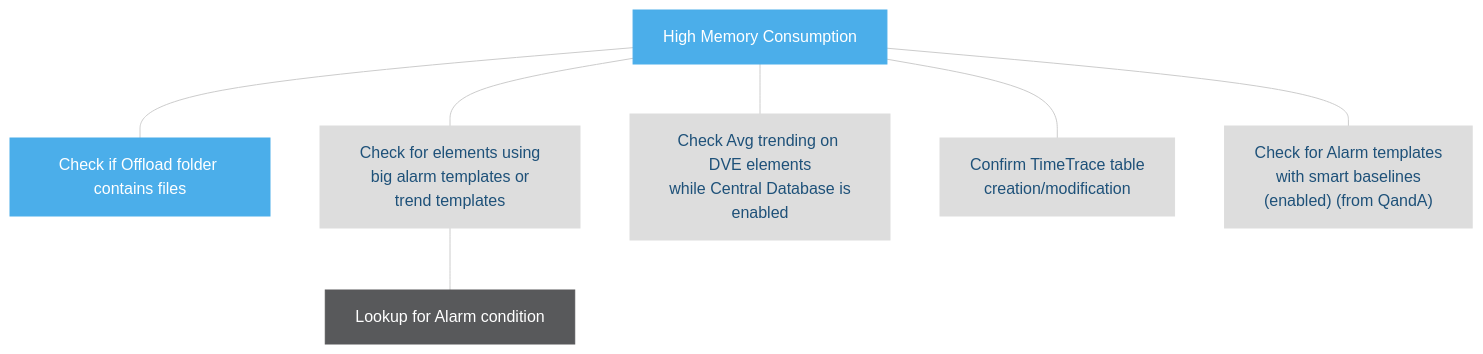
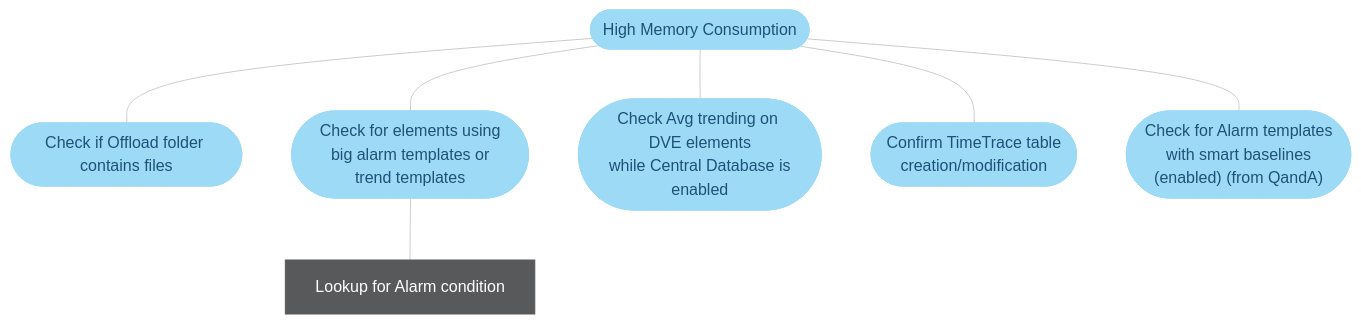
Before and after one commit to SkylineCommunications/dataminer-docs: the second of 5 diagrams in user-guide/Troubleshooting/Troubleshooting_Flowcharts/Troubleshooting_Process_Identification/Database_processes/Troubleshooting_SLDataGateway_exe.md, drawn with Mermaid. The commit also changed other lines of this file and 18 other files, not shown here.

```diff
--- a/user-guide/Troubleshooting/Troubleshooting_Flowcharts/Troubleshooting_Process_Identification/Database_processes/Troubleshooting_SLDataGateway_exe.md
+++ b/user-guide/Troubleshooting/Troubleshooting_Flowcharts/Troubleshooting_Process_Identification/Database_processes/Troubleshooting_SLDataGateway_exe.md
@@ -66,39 +66,39 @@
 <div class="mermaid">
 flowchart TD
 %% -------------------------------------------------------------------------
 %% Cassandra flowchart - Nodetool Status
 %% -------------------------------------------------------------------------
 %% -------------------------------------------------------------------------
 %% Define styles
 %% -------------------------------------------------------------------------
 linkStyle default stroke:#cccccc
 classDef classAction fill:#dddddd,stroke:#dddddd,color:#1E5179,stroke-width:1px;
 classDef classActionClickable fill:#999999,stroke:#999999,color:#ffffff,stroke-width:1px;
 classDef classDecision fill:#4baeea,stroke:#4baeea,color:#ffffff,stroke-width:1px;
 classDef classExternalRef fill:#9ddaf5,stroke:#9ddaf5,color:#1E5179,stroke-width:1px;
 classDef classSolution fill:#58595b,stroke:#58595b,color:#ffffff,stroke-width:1px;
 classDef classTerminal fill:#1e5179,stroke:#1e5179,color:#ffffff,stroke-width:1px;
 %% -------------------------------------------------------------------------
 %% flowchart structure
 %% -------------------------------------------------------------------------
-Action_HighMemory[High Memory Consumption]:::classDecision
-Action_OffloadFolder[Check if Offload folder contains files]:::classDecision
-Action_ElementsBigAlarms[Check for elements using<br> big alarm templates or trend templates]:::classAction
+Action_HighMemory([High Memory Consumption]):::classExternalRef
+Action_OffloadFolder([Check if Offload folder contains files]):::classExternalRef
+Action_ElementsBigAlarms([Check for elements using<br> big alarm templates or trend templates]):::classExternalRef
 Action_AlarmCondition[Lookup for Alarm condition]:::classSolution
-Action_CheckAVGtrending[Check Avg trending on DVE elements<br> while Central Database is enabled]:::classAction
-Action_TimetraceTable["Confirm TimeTrace table <br>creation/modification"]:::classAction
-Action_AlarmTemplates["Check for Alarm templates<br> with smart baselines <br>(enabled) (from QandA)"]:::classAction
+Action_CheckAVGtrending([Check Avg trending on DVE elements<br> while Central Database is enabled]):::classExternalRef
+Action_TimetraceTable(["Confirm TimeTrace table <br>creation/modification"]):::classExternalRef
+Action_AlarmTemplates(["Check for Alarm templates<br> with smart baselines <br>(enabled) (from QandA)"]):::classExternalRef
     Action_HighMemory --- Action_OffloadFolder
     Action_HighMemory --- Action_ElementsBigAlarms --- Action_AlarmCondition
     Action_HighMemory --- Action_CheckAVGtrending
     Action_HighMemory --- Action_TimetraceTable
     Action_HighMemory --- Action_AlarmTemplates
 %% -------------------------------------------------------------------------
 %% all blocks terminating at a common End?
 %% -------------------------------------------------------------------------
 %% -------------------------------------------------------------------------
 %% Define hyperlinks %%
 %% -------------------------------------------------------------------------
 click HOME "https://docs.dataminer.services/user-guide/Troubleshooting/Troubleshooting_Flowcharts/Finding_a_Root_Cause.html"
 %% -------------------------------------------------------------------------
 </div>
```
